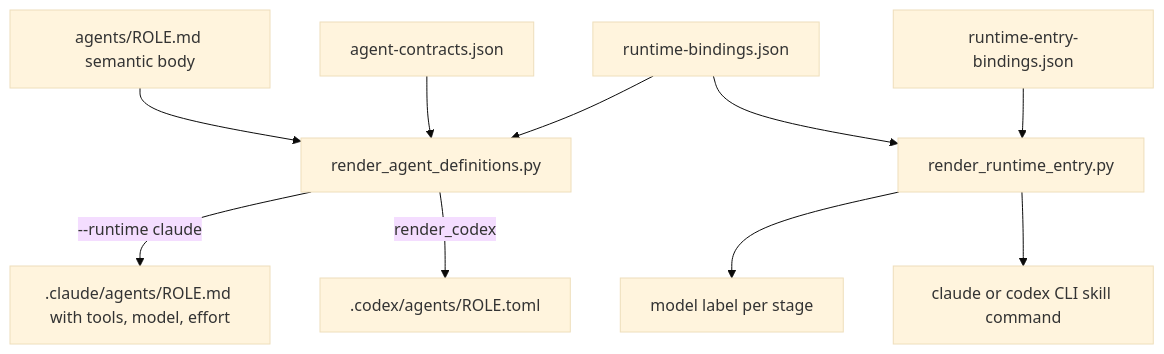
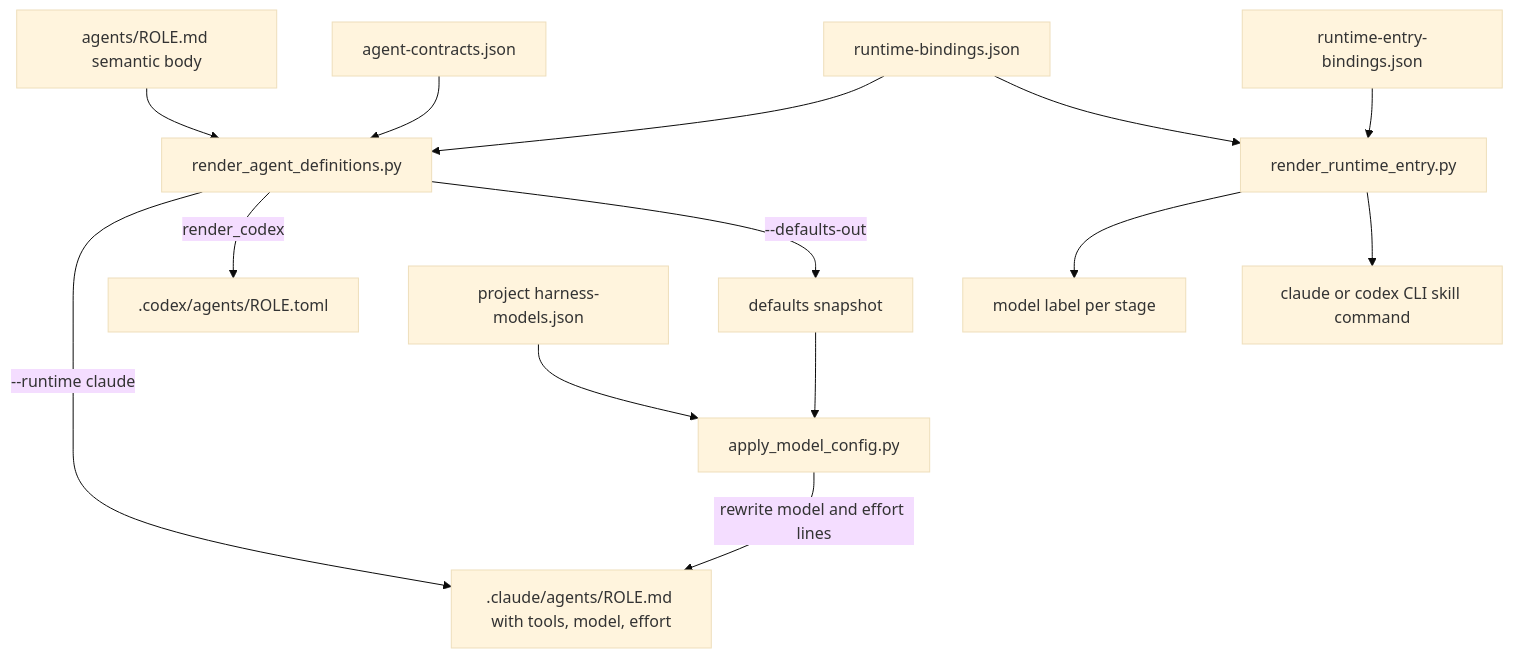
Before and after one commit to minhtran3124/agent-harness: the diagram in openwiki/agents/agent-roles.md, drawn with Mermaid (base theme). The commit also changed other lines of this file and 52 other files, not shown here.

````diff
--- a/openwiki/agents/agent-roles.md
+++ b/openwiki/agents/agent-roles.md
@@ -118,12 +135,16 @@
 ```mermaid
 flowchart TD
   SRC["agents/ROLE.md semantic body"] --> RAD[render_agent_definitions.py]
   CON[agent-contracts.json] --> RAD
   BIND[runtime-bindings.json] --> RAD
   RAD -->|"--runtime claude"| CMD[".claude/agents/ROLE.md with tools, model, effort"]
   RAD -->|"render_codex"| TOML[".codex/agents/ROLE.toml"]
+  RAD -->|"--defaults-out"| SNAP["defaults snapshot"]
+  SNAP --> AMC[apply_model_config.py]
+  HM["project harness-models.json"] --> AMC
+  AMC -->|"rewrite model and effort lines"| CMD
   ENTRY[runtime-entry-bindings.json] --> RRE[render_runtime_entry.py]
   BIND --> RRE
   RRE --> LABEL["model label per stage"]
   RRE --> CLI["claude or codex CLI skill command"]
 ```
````
